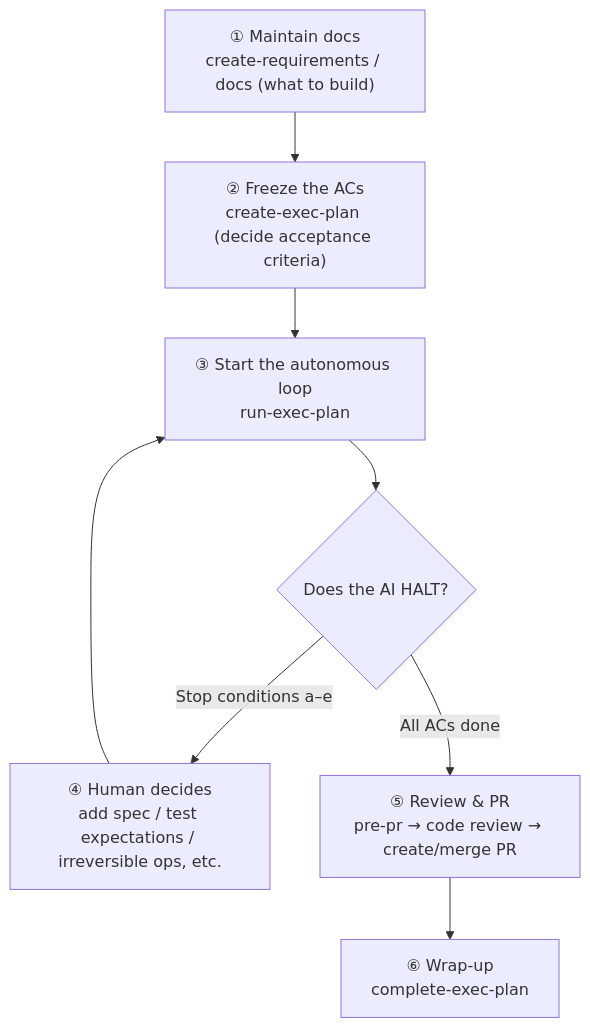
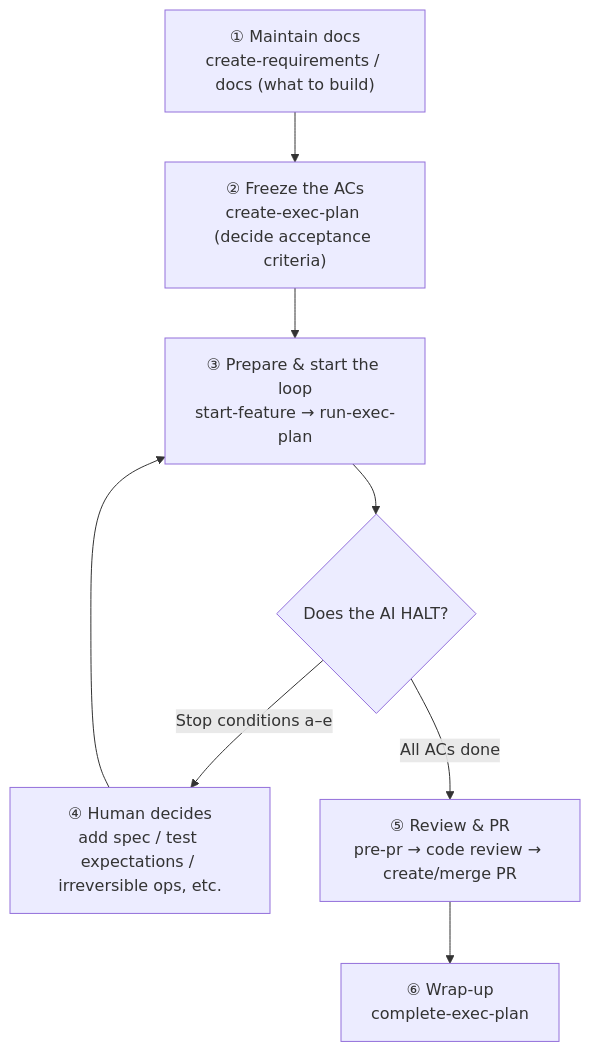
The diagram in ONBOARDING.md (aki-senri/DocDDTemplate), drawn with Mermaid before and after one commit. The commit also changed other lines of this file and 2 other files, not shown here.

First line of the commit message:
docs: Copilot レビュー指摘に対応（start-feature 分類・個数・誇張表現の修正）

````diff
--- a/ONBOARDING.md
+++ b/ONBOARDING.md
@@ -317,11 +319,11 @@
 ```mermaid
 flowchart TD
     A["① Maintain docs<br/>create-requirements / docs (what to build)"] --> B
     B["② Freeze the ACs<br/>create-exec-plan (decide acceptance criteria)"] --> C
-    C["③ Start the autonomous loop<br/>run-exec-plan"]
+    C["③ Prepare & start the loop<br/>start-feature → run-exec-plan"]
     C --> D{Does the AI HALT?}
     D -->|Stop conditions a–e| E["④ Human decides<br/>add spec / test expectations / irreversible ops, etc."]
     E --> C
     D -->|All ACs done| F["⑤ Review & PR<br/>pre-pr → code review → create/merge PR"]
     F --> G["⑥ Wrap-up<br/>complete-exec-plan"]
 ```
````
